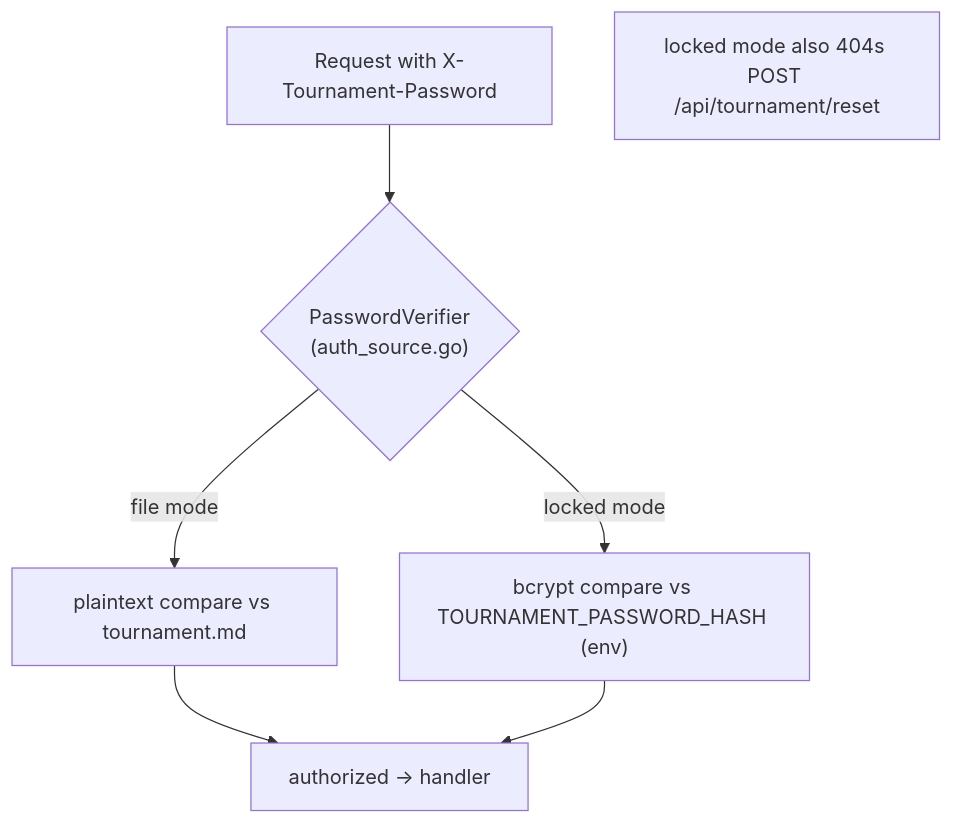
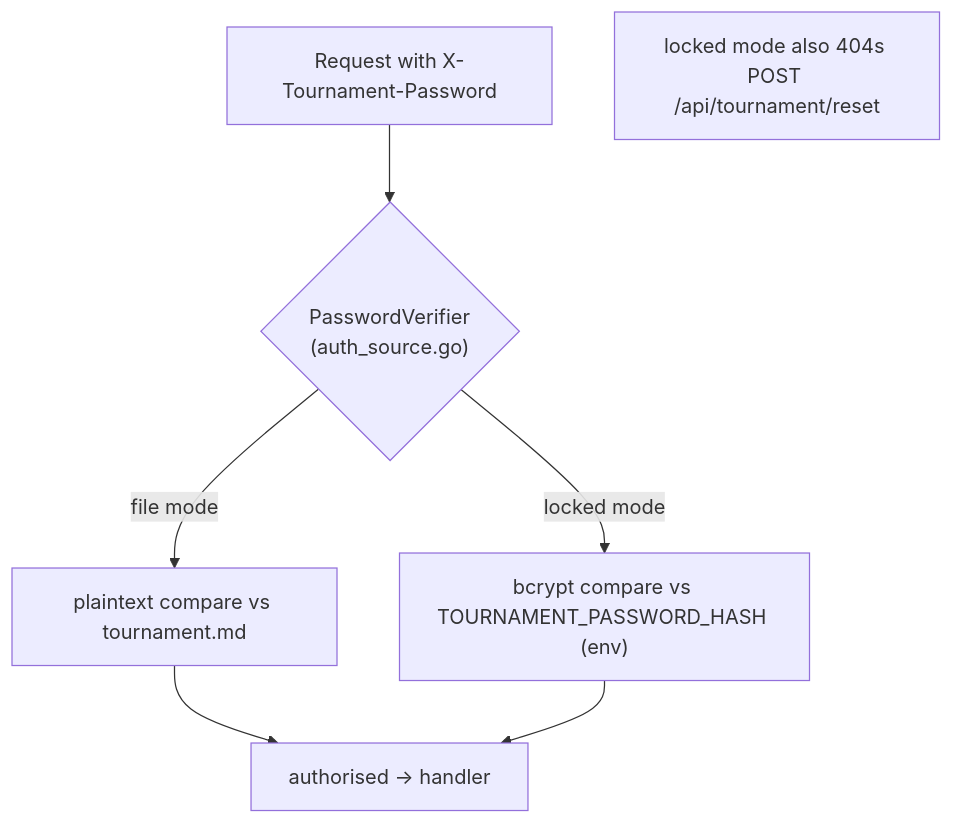
One commit to gitrgoliveira/bracket-creator changed the sixth of 6 diagrams in docs/architecture/network-architecture.md. Above: the diagram before and after it, drawn with Mermaid. The commit also changed 13 other files, not shown here.

````diff
--- a/docs/architecture/network-architecture.md
+++ b/docs/architecture/network-architecture.md
@@ -144,9 +144,9 @@
 ```mermaid
 flowchart TD
     req["Request with X-Tournament-Password"] --> verifier{"PasswordVerifier<br/>(auth_source.go)"}
     verifier -->|file mode| md["plaintext compare vs tournament.md"]
     verifier -->|locked mode| bcrypt["bcrypt compare vs TOURNAMENT_PASSWORD_HASH (env)"]
-    md --> ok["authorized → handler"]
+    md --> ok["authorised → handler"]
     bcrypt --> ok
     note["locked mode also 404s POST /api/tournament/reset"]
 ```
````
